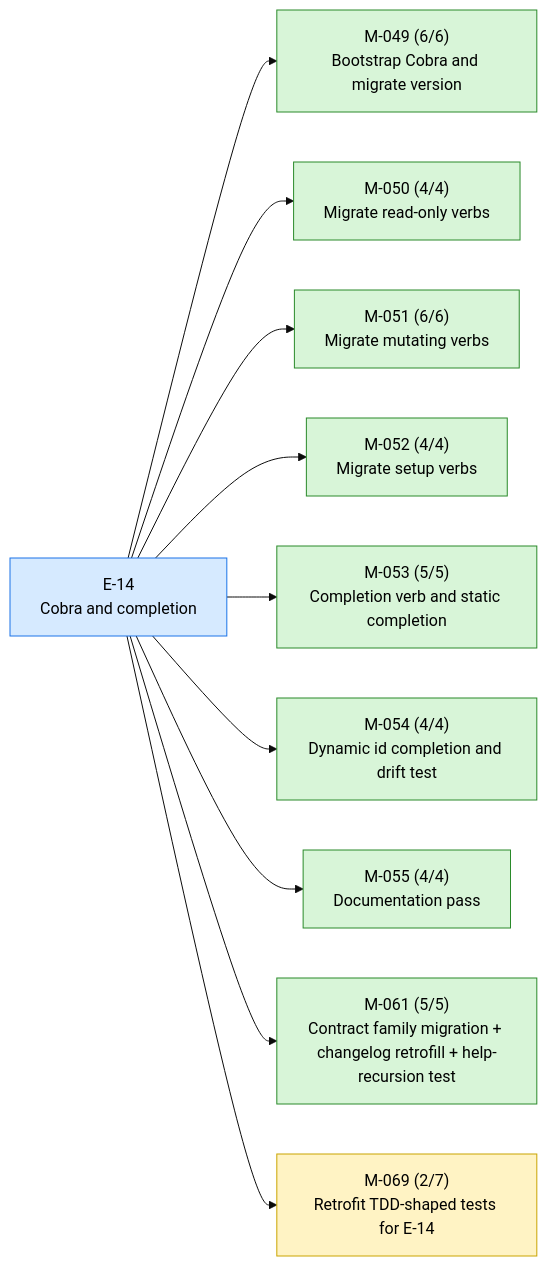
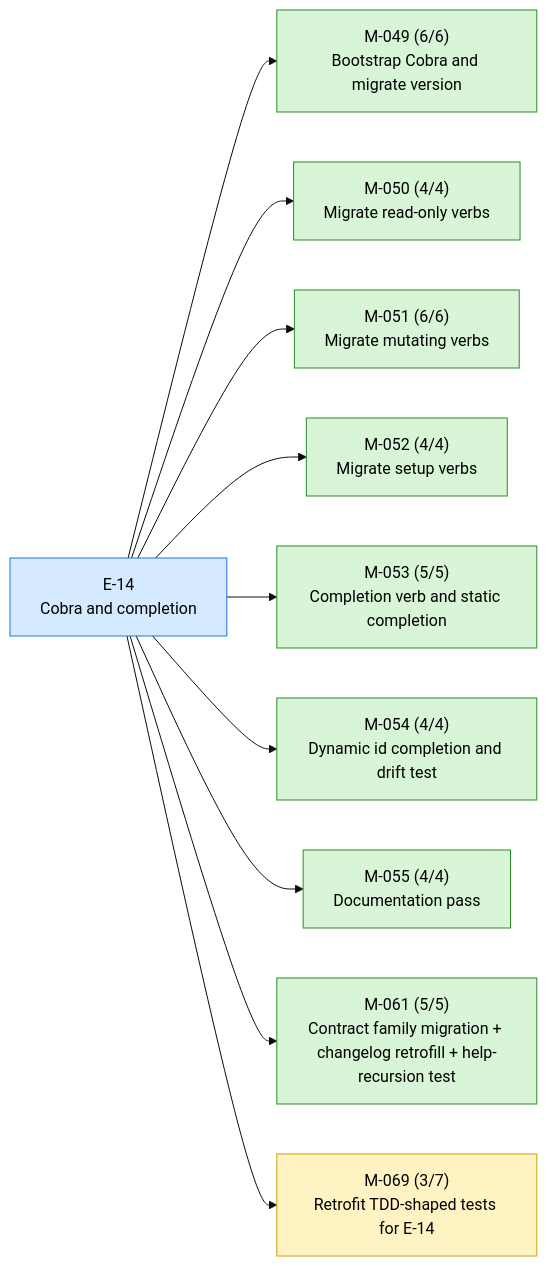
The first of 4 diagrams in STATUS.md (23min/aiwf), drawn with Mermaid (base theme) before and after one commit. The commit also changed other lines of this file and 1 other file, not shown here.

````diff
--- a/STATUS.md
+++ b/STATUS.md
@@ -19,28 +19,28 @@
 ```mermaid
 flowchart LR
   E_14["E-14<br/>Cobra and completion"]:::epic_active
   M_049["M-049 (6/6)<br/>Bootstrap Cobra and migrate version"]:::ms_done
   E_14 --> M_049
   M_050["M-050 (4/4)<br/>Migrate read-only verbs"]:::ms_done
   E_14 --> M_050
   M_051["M-051 (6/6)<br/>Migrate mutating verbs"]:::ms_done
   E_14 --> M_051
   M_052["M-052 (4/4)<br/>Migrate setup verbs"]:::ms_done
   E_14 --> M_052
   M_053["M-053 (5/5)<br/>Completion verb and static completion"]:::ms_done
   E_14 --> M_053
   M_054["M-054 (4/4)<br/>Dynamic id completion and drift test"]:::ms_done
   E_14 --> M_054
   M_055["M-055 (4/4)<br/>Documentation pass"]:::ms_done
   E_14 --> M_055
   M_061["M-061 (5/5)<br/>Contract family migration + changelog retrofill + help-recursion test"]:::ms_done
   E_14 --> M_061
-  M_069["M-069 (2/7)<br/>Retrofit TDD-shaped tests for E-14"]:::ms_in_progress
+  M_069["M-069 (3/7)<br/>Retrofit TDD-shaped tests for E-14"]:::ms_in_progress
   E_14 --> M_069
   classDef epic_active fill:#d6eaff,stroke:#1a73e8,color:#000
   classDef epic_proposed fill:#f4f4f4,stroke:#888,color:#000
   classDef ms_done fill:#d8f5d8,stroke:#2a8a2a,color:#000
   classDef ms_in_progress fill:#fff3c4,stroke:#caa400,color:#000
   classDef ms_draft fill:#f4f4f4,stroke:#888,color:#000
   classDef ms_cancelled fill:#fbeaea,stroke:#c33,color:#000
 ```
````
